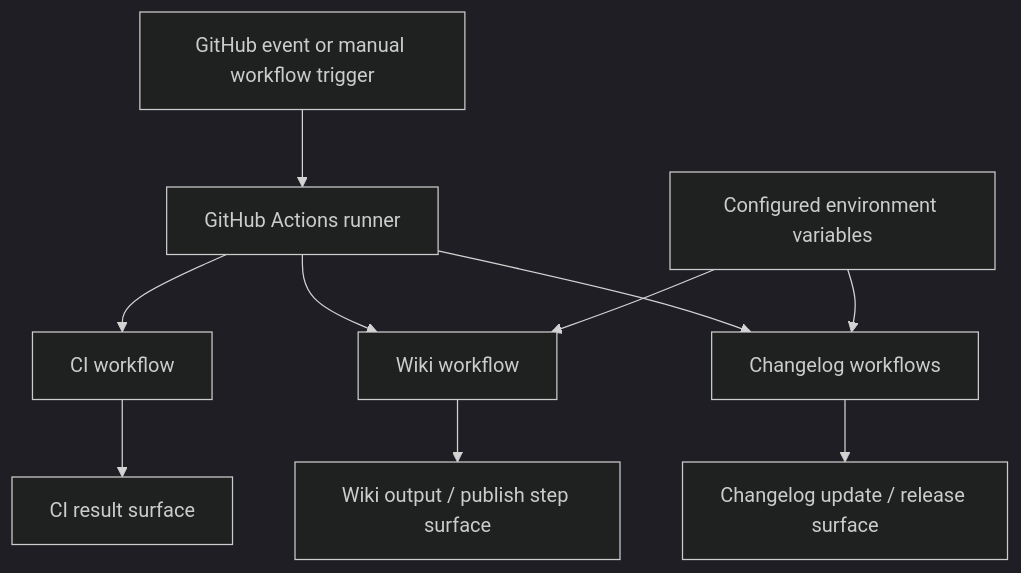
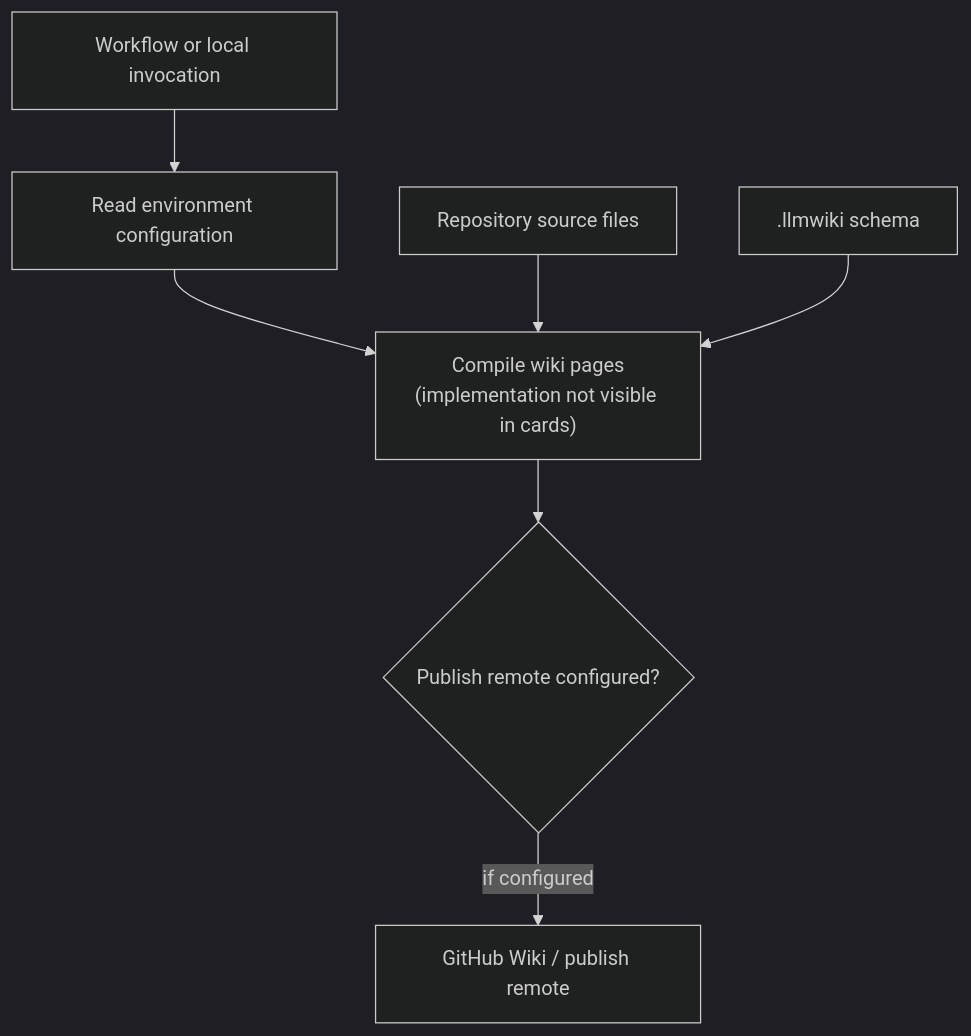
One commit to mfittko/repo-wiki changed the third of 5 diagrams in Architecture.md. Above: the diagram before and after it, drawn with Mermaid (dark theme). The commit also changed other lines of this file and 46 other files, not shown here.

Commit message:
Compile repository wiki 2026-06-12T23:17:13.206Z

````diff
--- a/Architecture.md
+++ b/Architecture.md
@@ -171,15 +174,17 @@
 ```mermaid
 flowchart TD
-  Trigger["GitHub event or manual workflow trigger"] --> Actions["GitHub Actions runner"]
+  Trigger["Workflow or local invocation"]
+  Config["Read environment configuration"]
+  Sources["Repository source files"]
+  Schema[".llmwiki schema"]
+  Compile["Compile wiki pages<br/>(implementation not visible in cards)"]
+  Publish{"Publish remote configured?"}
+  Remote["GitHub Wiki / publish remote"]
 
-  Actions --> CI["CI workflow"]
-  Actions --> Wiki["Wiki workflow"]
-  Actions --> Changelog["Changelog workflows"]
-
-  Env["Configured environment variables"] --> Wiki
-  Env --> Changelog
-
-  Wiki --> WikiArtifacts["Wiki output / publish step surface"]
-  Changelog --> ChangeArtifacts["Changelog update / release surface"]
-  CI --> QualityResult["CI result surface"]
+  Trigger --> Config
+  Config --> Compile
+  Sources --> Compile
+  Schema --> Compile
+  Compile --> Publish
+  Publish -->|"if configured"| Remote
 ```
````
